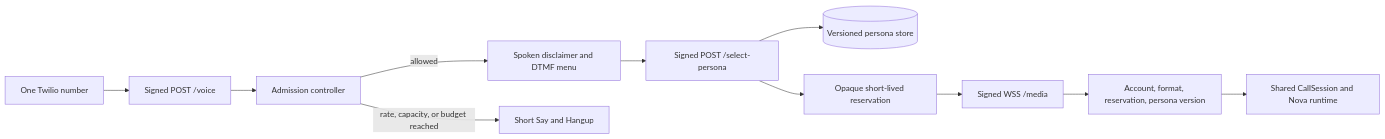
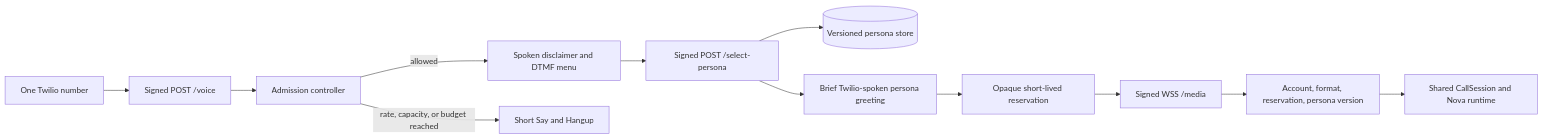
The third of 4 diagrams in docs/architecture.md (mattmuldoon48/realtime-voice-agent), drawn with Mermaid before and after one commit. The commit also changed other lines of this file and 4 other files, not shown here.

````diff
--- a/docs/architecture.md
+++ b/docs/architecture.md
@@ -112,13 +112,14 @@
 ```mermaid
 flowchart LR
     Call[One Twilio number] --> Voice[Signed POST /voice]
     Voice --> Gate[Admission controller]
     Gate -->|allowed| Menu[Spoken disclaimer and DTMF menu]
     Menu --> Select[Signed POST /select-persona]
     Select --> Personas[(Versioned persona store)]
-    Select --> Reserve[Opaque short-lived reservation]
+    Select --> Intro[Brief Twilio-spoken persona greeting]
+    Intro --> Reserve[Opaque short-lived reservation]
     Reserve --> Media[Signed WSS /media]
     Media --> Validate[Account, format, reservation, persona version]
     Validate --> Runtime[Shared CallSession and Nova runtime]
     Gate -->|rate, capacity, or budget reached| Busy[Short Say and Hangup]
 ```
````
